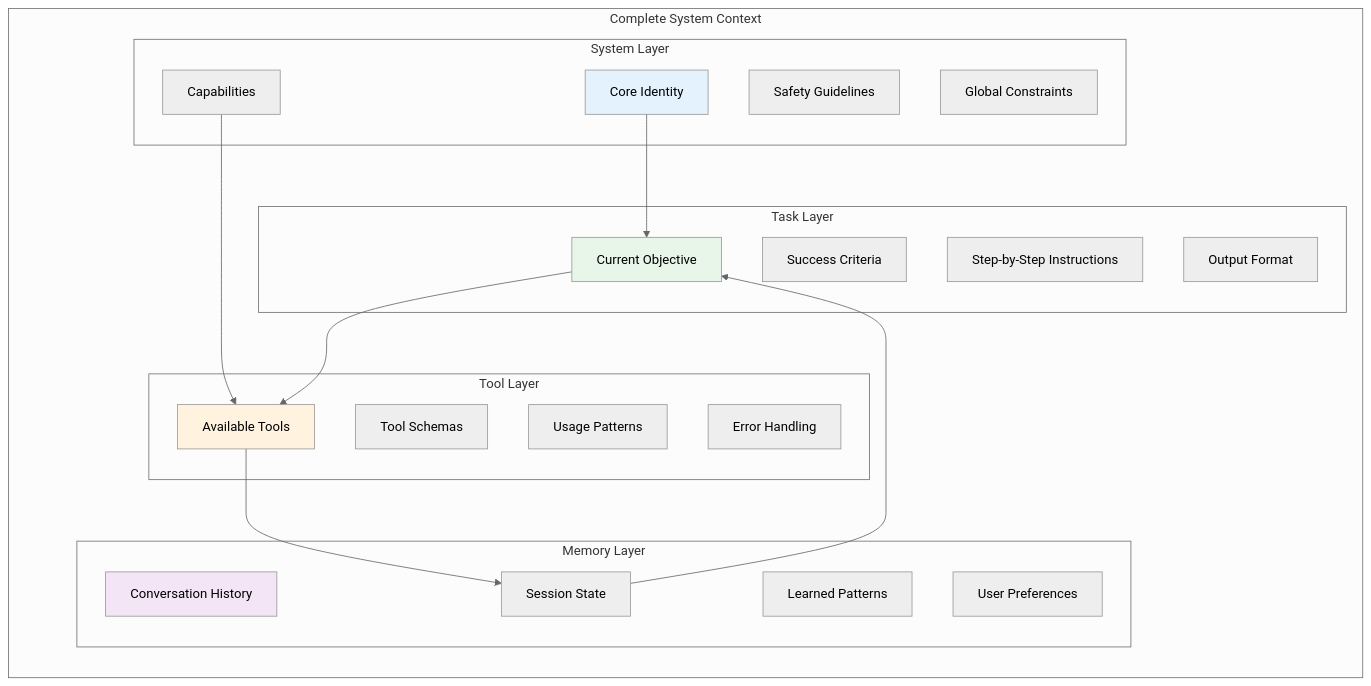
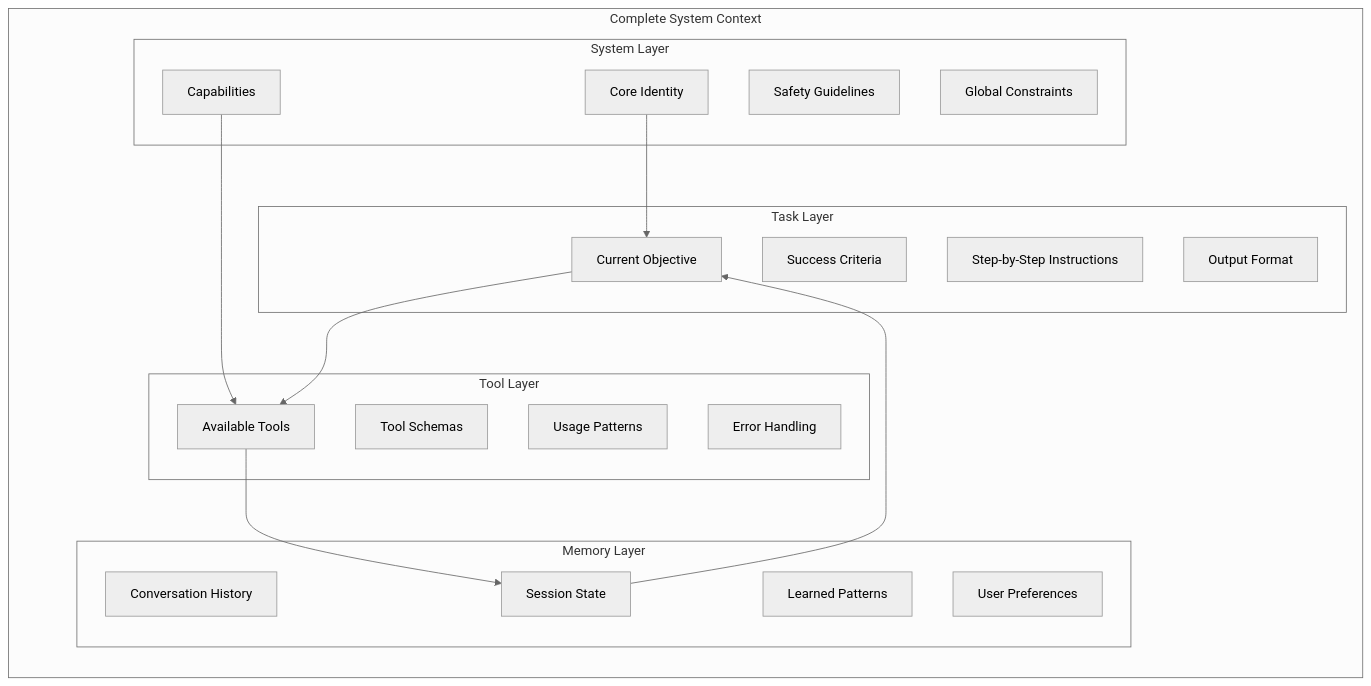
The first of 6 diagrams in 05-context-engineering-en.md (yuexiaoliang/prompt-engineering-learning), drawn with Mermaid (neutral theme) before and after one commit. The commit also changed other lines of this file, not shown here.

Commit message:
fix: remove hardcoded Mermaid fill colors for light/dark theme auto-adaptation

````diff
--- a/05-context-engineering-en.md
+++ b/05-context-engineering-en.md
@@ -48,45 +48,40 @@
 ```mermaid
 graph TD
     subgraph "Complete System Context"
         direction TB
 
         subgraph "System Layer"
             S1[Core Identity]
             S2[Capabilities]
             S3[Safety Guidelines]
             S4[Global Constraints]
         end
 
         subgraph "Task Layer"
             T1[Current Objective]
             T2[Success Criteria]
             T3[Step-by-Step Instructions]
             T4[Output Format]
         end
 
         subgraph "Tool Layer"
             D1[Available Tools]
             D2[Tool Schemas]
             D3[Usage Patterns]
             D4[Error Handling]
         end
 
         subgraph "Memory Layer"
             M1[Conversation History]
             M2[Learned Patterns]
             M3[User Preferences]
             M4[Session State]
         end
     end
 
     S1 --> T1
     S2 --> D1
     T1 --> D1
     D1 --> M4
     M4 --> T1
-
-    style S1 fill:#e3f2fd
-    style T1 fill:#e8f5e9
-    style D1 fill:#fff3e0
-    style M1 fill:#f3e5f5
 ```
````
